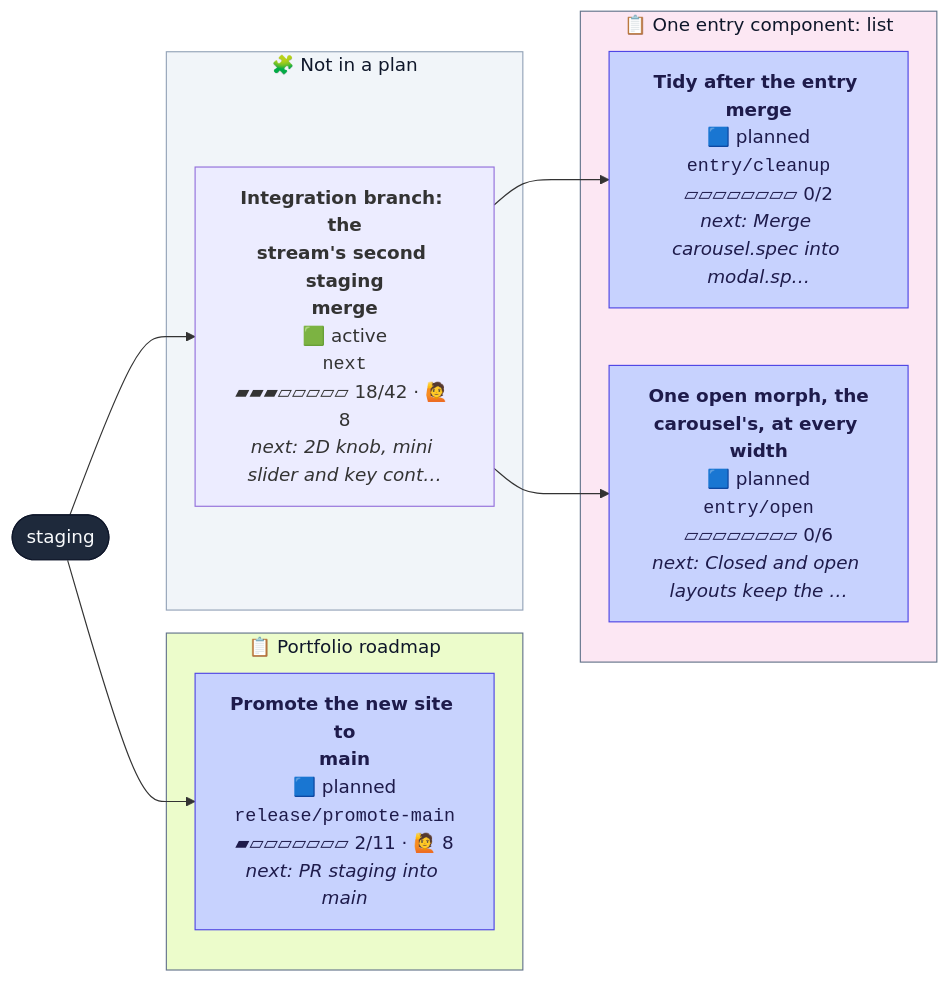
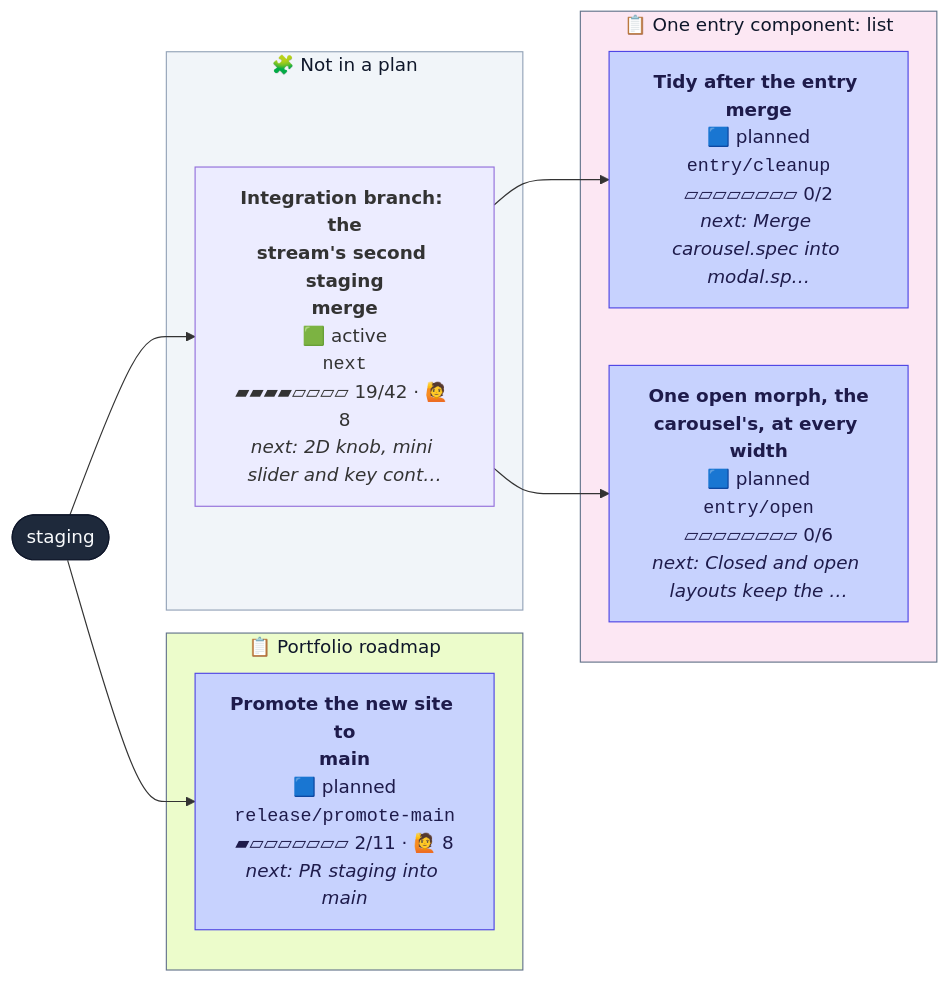
Before and after one commit to henryjonescodes/portfolio: the second of 2 diagrams in CONTRIBUTING.md, drawn with Mermaid. The commit also changed other lines of this file, not shown here.

````diff
--- a/CONTRIBUTING.md
+++ b/CONTRIBUTING.md
@@ -37,33 +37,33 @@
 ```mermaid
 flowchart LR
   n_staging([staging])
   class n_staging trunk
   subgraph plan_1["📋 One entry component: list"]
     n_entry_cleanup["<b>Tidy after the entry merge</b><br/>🟦 planned<br/><code>entry/cleanup</code><br/>▱▱▱▱▱▱▱▱ 0/2<br/><i>next: Merge carousel.spec into modal.sp…</i>"]
     class n_entry_cleanup planned
     n_entry_open["<b>One open morph, the<br/>carousel's, at every width</b><br/>🟦 planned<br/><code>entry/open</code><br/>▱▱▱▱▱▱▱▱ 0/6<br/><i>next: Closed and open layouts keep the …</i>"]
     class n_entry_open planned
   end
   style plan_1 fill:#fce7f3,stroke:#64748b,color:#0f172a
   subgraph plan_2["📋 Portfolio roadmap"]
     n_release_promote_main["<b>Promote the new site to<br/>main</b><br/>🟦 planned<br/><code>release/promote-main</code><br/>▰▱▱▱▱▱▱▱ 2/11 · 🙋 8<br/><i>next: PR staging into main</i>"]
     class n_release_promote_main planned
   end
   style plan_2 fill:#ecfccb,stroke:#64748b,color:#0f172a
   subgraph loose["🧩 Not in a plan"]
-    n_next["<b>Integration branch: the<br/>stream's second staging<br/>merge</b><br/>🟩 active<br/><code>next</code><br/>▰▰▰▱▱▱▱▱ 18/42 · 🙋 8<br/><i>next: 2D knob, mini slider and key cont…</i>"]
+    n_next["<b>Integration branch: the<br/>stream's second staging<br/>merge</b><br/>🟩 active<br/><code>next</code><br/>▰▰▰▰▱▱▱▱ 19/42 · 🙋 8<br/><i>next: 2D knob, mini slider and key cont…</i>"]
     class n_next active,current
   end
   style loose fill:#f1f5f9,stroke:#94a3b8,color:#0f172a
   n_next --> n_entry_cleanup
   n_next --> n_entry_open
   n_staging --> n_next
   n_staging --> n_release_promote_main
   classDef planned fill:#c7d2fe,stroke:#4f46e5,color:#1e1b4b
   classDef sketched fill:#f8fafc,stroke:#64748b,stroke-dasharray:4 3,color:#334155
   classDef active fill:#bbf7d0,stroke:#16a34a,stroke-width:3px,color:#052e16
   classDef review fill:#fde68a,stroke:#d97706,stroke-width:3px,color:#451a03
   classDef blocked fill:#fecaca,stroke:#dc2626,stroke-width:3px,color:#450a0a
   classDef trunk fill:#1e293b,stroke:#0f172a,color:#f8fafc
   classDef current stroke:#0ea5e9,stroke-width:5px
 ```
````
